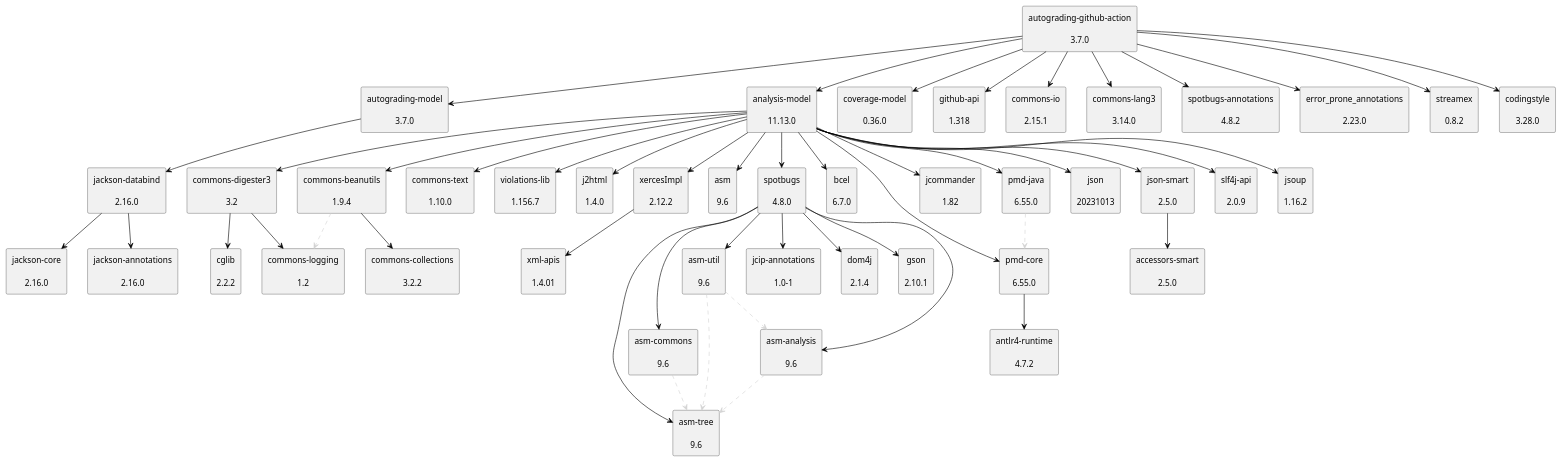
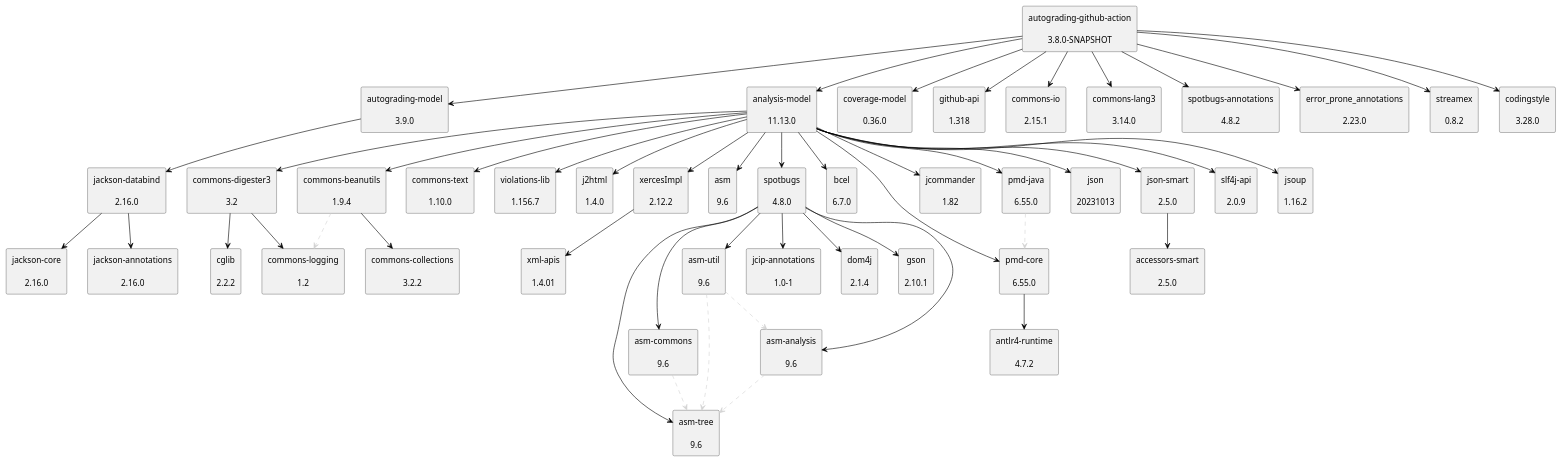
One commit to uhafner/autograding-github-action changed the diagram in doc/dependency-graph.puml. Above: the diagram before and after it, drawn with PlantUML. The commit also changed 3 other files, not shown here.

```diff
--- a/doc/dependency-graph.puml
+++ b/doc/dependency-graph.puml
@@ -1,100 +1,100 @@
 @startuml
 skinparam defaultTextAlignment center
 skinparam rectangle {
   BackgroundColor<<optional>> beige
   BackgroundColor<<test>> lightGreen
   BackgroundColor<<runtime>> lightBlue
   BackgroundColor<<provided>> lightGray
 }
 rectangle "jackson-databind\n\n2.16.0" as com_fasterxml_jackson_core_jackson_databind_jar
 rectangle "jackson-annotations\n\n2.16.0" as com_fasterxml_jackson_core_jackson_annotations_jar
 rectangle "jackson-core\n\n2.16.0" as com_fasterxml_jackson_core_jackson_core_jar
-rectangle "autograding-model\n\n3.7.0" as edu_hm_hafner_autograding_model_jar
-rectangle "autograding-github-action\n\n3.7.0" as edu_hm_hafner_autograding_github_action_jar
+rectangle "autograding-model\n\n3.9.0" as edu_hm_hafner_autograding_model_jar
+rectangle "autograding-github-action\n\n3.8.0-SNAPSHOT" as edu_hm_hafner_autograding_github_action_jar
 rectangle "analysis-model\n\n11.13.0" as edu_hm_hafner_analysis_model_jar
 rectangle "jsoup\n\n1.16.2" as org_jsoup_jsoup_jar
 rectangle "commons-digester3\n\n3.2" as org_apache_commons_commons_digester3_jar
 rectangle "cglib\n\n2.2.2" as cglib_cglib_jar
 rectangle "commons-logging\n\n1.2" as commons_logging_commons_logging_jar
 rectangle "commons-beanutils\n\n1.9.4" as commons_beanutils_commons_beanutils_jar
 rectangle "commons-collections\n\n3.2.2" as commons_collections_commons_collections_jar
 rectangle "commons-text\n\n1.10.0" as org_apache_commons_commons_text_jar
 rectangle "violations-lib\n\n1.156.7" as se_bjurr_violations_violations_lib_jar
 rectangle "j2html\n\n1.4.0" as com_j2html_j2html_jar
 rectangle "xercesImpl\n\n2.12.2" as xerces_xercesImpl_jar
 rectangle "xml-apis\n\n1.4.01" as xml_apis_xml_apis_jar
 rectangle "asm\n\n9.6" as org_ow2_asm_asm_jar
 rectangle "asm-analysis\n\n9.6" as org_ow2_asm_asm_analysis_jar
 rectangle "asm-tree\n\n9.6" as org_ow2_asm_asm_tree_jar
 rectangle "spotbugs\n\n4.8.0" as com_github_spotbugs_spotbugs_jar
 rectangle "asm-commons\n\n9.6" as org_ow2_asm_asm_commons_jar
 rectangle "asm-util\n\n9.6" as org_ow2_asm_asm_util_jar
 rectangle "jcip-annotations\n\n1.0-1" as com_github_stephenc_jcip_jcip_annotations_jar
 rectangle "dom4j\n\n2.1.4" as org_dom4j_dom4j_jar
 rectangle "gson\n\n2.10.1" as com_google_code_gson_gson_jar
 rectangle "bcel\n\n6.7.0" as org_apache_bcel_bcel_jar
 rectangle "pmd-core\n\n6.55.0" as net_sourceforge_pmd_pmd_core_jar
 rectangle "antlr4-runtime\n\n4.7.2" as org_antlr_antlr4_runtime_jar
 rectangle "jcommander\n\n1.82" as com_beust_jcommander_jar
 rectangle "pmd-java\n\n6.55.0" as net_sourceforge_pmd_pmd_java_jar
 rectangle "json\n\n20231013" as org_json_json_jar
 rectangle "json-smart\n\n2.5.0" as net_minidev_json_smart_jar
 rectangle "accessors-smart\n\n2.5.0" as net_minidev_accessors_smart_jar
 rectangle "slf4j-api\n\n2.0.9" as org_slf4j_slf4j_api_jar
 rectangle "coverage-model\n\n0.36.0" as edu_hm_hafner_coverage_model_jar
 rectangle "github-api\n\n1.318" as org_kohsuke_github_api_jar
 rectangle "commons-io\n\n2.15.1" as commons_io_commons_io_jar
 rectangle "commons-lang3\n\n3.14.0" as org_apache_commons_commons_lang3_jar
 rectangle "spotbugs-annotations\n\n4.8.2" as com_github_spotbugs_spotbugs_annotations_jar
 rectangle "error_prone_annotations\n\n2.23.0" as com_google_errorprone_error_prone_annotations_jar
 rectangle "streamex\n\n0.8.2" as one_util_streamex_jar
 rectangle "codingstyle\n\n3.28.0" as edu_hm_hafner_codingstyle_jar
 com_fasterxml_jackson_core_jackson_databind_jar -[#000000]-> com_fasterxml_jackson_core_jackson_annotations_jar
 com_fasterxml_jackson_core_jackson_databind_jar -[#000000]-> com_fasterxml_jackson_core_jackson_core_jar
 edu_hm_hafner_autograding_model_jar -[#000000]-> com_fasterxml_jackson_core_jackson_databind_jar
 edu_hm_hafner_autograding_github_action_jar -[#000000]-> edu_hm_hafner_autograding_model_jar
 edu_hm_hafner_analysis_model_jar -[#000000]-> org_jsoup_jsoup_jar
 org_apache_commons_commons_digester3_jar -[#000000]-> cglib_cglib_jar
 org_apache_commons_commons_digester3_jar -[#000000]-> commons_logging_commons_logging_jar
 edu_hm_hafner_analysis_model_jar -[#000000]-> org_apache_commons_commons_digester3_jar
 commons_beanutils_commons_beanutils_jar .[#D3D3D3].> commons_logging_commons_logging_jar
 commons_beanutils_commons_beanutils_jar -[#000000]-> commons_collections_commons_collections_jar
 edu_hm_hafner_analysis_model_jar -[#000000]-> commons_beanutils_commons_beanutils_jar
 edu_hm_hafner_analysis_model_jar -[#000000]-> org_apache_commons_commons_text_jar
 edu_hm_hafner_analysis_model_jar -[#000000]-> se_bjurr_violations_violations_lib_jar
 edu_hm_hafner_analysis_model_jar -[#000000]-> com_j2html_j2html_jar
 xerces_xercesImpl_jar -[#000000]-> xml_apis_xml_apis_jar
 edu_hm_hafner_analysis_model_jar -[#000000]-> xerces_xercesImpl_jar
 edu_hm_hafner_analysis_model_jar -[#000000]-> org_ow2_asm_asm_jar
 org_ow2_asm_asm_analysis_jar .[#D3D3D3].> org_ow2_asm_asm_tree_jar
 com_github_spotbugs_spotbugs_jar -[#000000]-> org_ow2_asm_asm_analysis_jar
 org_ow2_asm_asm_commons_jar .[#D3D3D3].> org_ow2_asm_asm_tree_jar
 com_github_spotbugs_spotbugs_jar -[#000000]-> org_ow2_asm_asm_commons_jar
 com_github_spotbugs_spotbugs_jar -[#000000]-> org_ow2_asm_asm_tree_jar
 org_ow2_asm_asm_util_jar .[#D3D3D3].> org_ow2_asm_asm_tree_jar
 org_ow2_asm_asm_util_jar .[#D3D3D3].> org_ow2_asm_asm_analysis_jar
 com_github_spotbugs_spotbugs_jar -[#000000]-> org_ow2_asm_asm_util_jar
 com_github_spotbugs_spotbugs_jar -[#000000]-> com_github_stephenc_jcip_jcip_annotations_jar
 com_github_spotbugs_spotbugs_jar -[#000000]-> org_dom4j_dom4j_jar
 com_github_spotbugs_spotbugs_jar -[#000000]-> com_google_code_gson_gson_jar
 edu_hm_hafner_analysis_model_jar -[#000000]-> com_github_spotbugs_spotbugs_jar
 edu_hm_hafner_analysis_model_jar -[#000000]-> org_apache_bcel_bcel_jar
 net_sourceforge_pmd_pmd_core_jar -[#000000]-> org_antlr_antlr4_runtime_jar
 edu_hm_hafner_analysis_model_jar -[#000000]-> net_sourceforge_pmd_pmd_core_jar
 edu_hm_hafner_analysis_model_jar -[#000000]-> com_beust_jcommander_jar
 net_sourceforge_pmd_pmd_java_jar .[#D3D3D3].> net_sourceforge_pmd_pmd_core_jar
 edu_hm_hafner_analysis_model_jar -[#000000]-> net_sourceforge_pmd_pmd_java_jar
 edu_hm_hafner_analysis_model_jar -[#000000]-> org_json_json_jar
 net_minidev_json_smart_jar -[#000000]-> net_minidev_accessors_smart_jar
 edu_hm_hafner_analysis_model_jar -[#000000]-> net_minidev_json_smart_jar
 edu_hm_hafner_analysis_model_jar -[#000000]-> org_slf4j_slf4j_api_jar
 edu_hm_hafner_autograding_github_action_jar -[#000000]-> edu_hm_hafner_analysis_model_jar
 edu_hm_hafner_autograding_github_action_jar -[#000000]-> edu_hm_hafner_coverage_model_jar
 edu_hm_hafner_autograding_github_action_jar -[#000000]-> org_kohsuke_github_api_jar
 edu_hm_hafner_autograding_github_action_jar -[#000000]-> commons_io_commons_io_jar
 edu_hm_hafner_autograding_github_action_jar -[#000000]-> org_apache_commons_commons_lang3_jar
 edu_hm_hafner_autograding_github_action_jar -[#000000]-> com_github_spotbugs_spotbugs_annotations_jar
 edu_hm_hafner_autograding_github_action_jar -[#000000]-> com_google_errorprone_error_prone_annotations_jar
 edu_hm_hafner_autograding_github_action_jar -[#000000]-> one_util_streamex_jar
 edu_hm_hafner_autograding_github_action_jar -[#000000]-> edu_hm_hafner_codingstyle_jar
 @enduml
```
